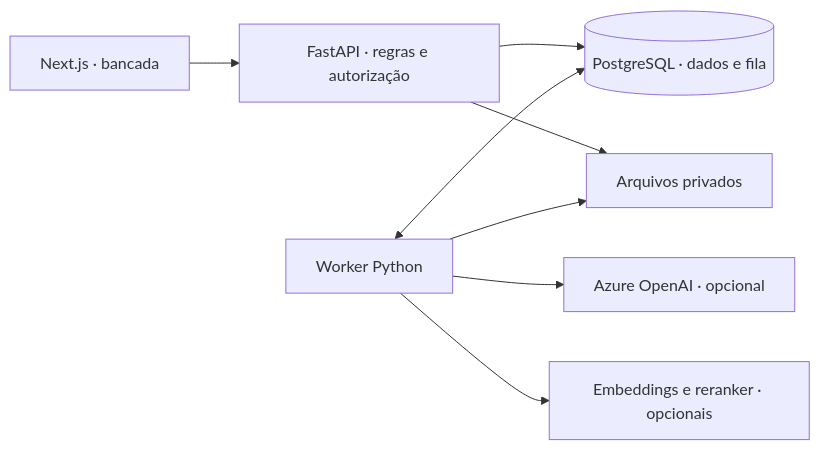
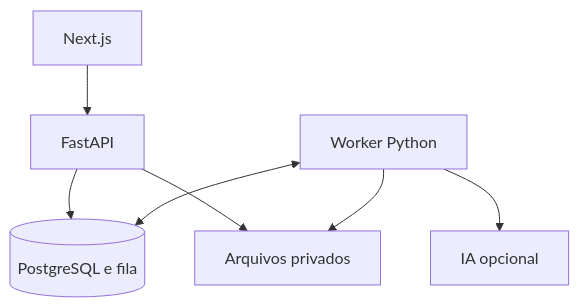
One commit to arthurjoanes/evidencedesk changed the diagram in README.md. Above: the diagram before and after it, drawn with Mermaid. The commit also changed other lines of this file and 49 other files, not shown here.

````diff
--- a/README.md
+++ b/README.md
@@ -63,10 +46,9 @@
 ```mermaid
-flowchart LR
-    UI[Next.js · bancada] --> API[FastAPI · regras e autorização]
-    API --> DB[(PostgreSQL · dados e fila)]
+flowchart TB
+    UI[Next.js] --> API[FastAPI]
+    API --> DB[(PostgreSQL e fila)]
     API --> Files[Arquivos privados]
     Worker[Worker Python] <--> DB
     Worker --> Files
-    Worker --> Azure[Azure OpenAI · opcional]
-    Worker --> Models[Embeddings e reranker · opcionais]
+    Worker --> Models[IA opcional]
 ```
````
